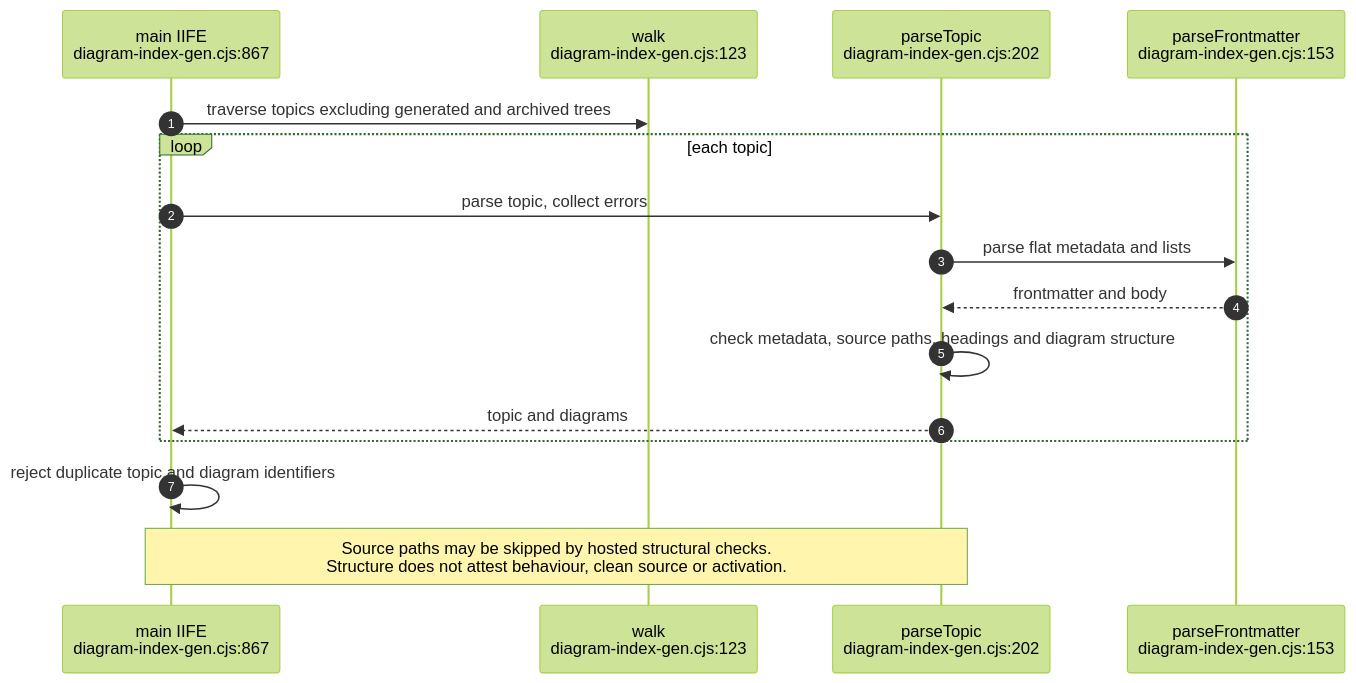
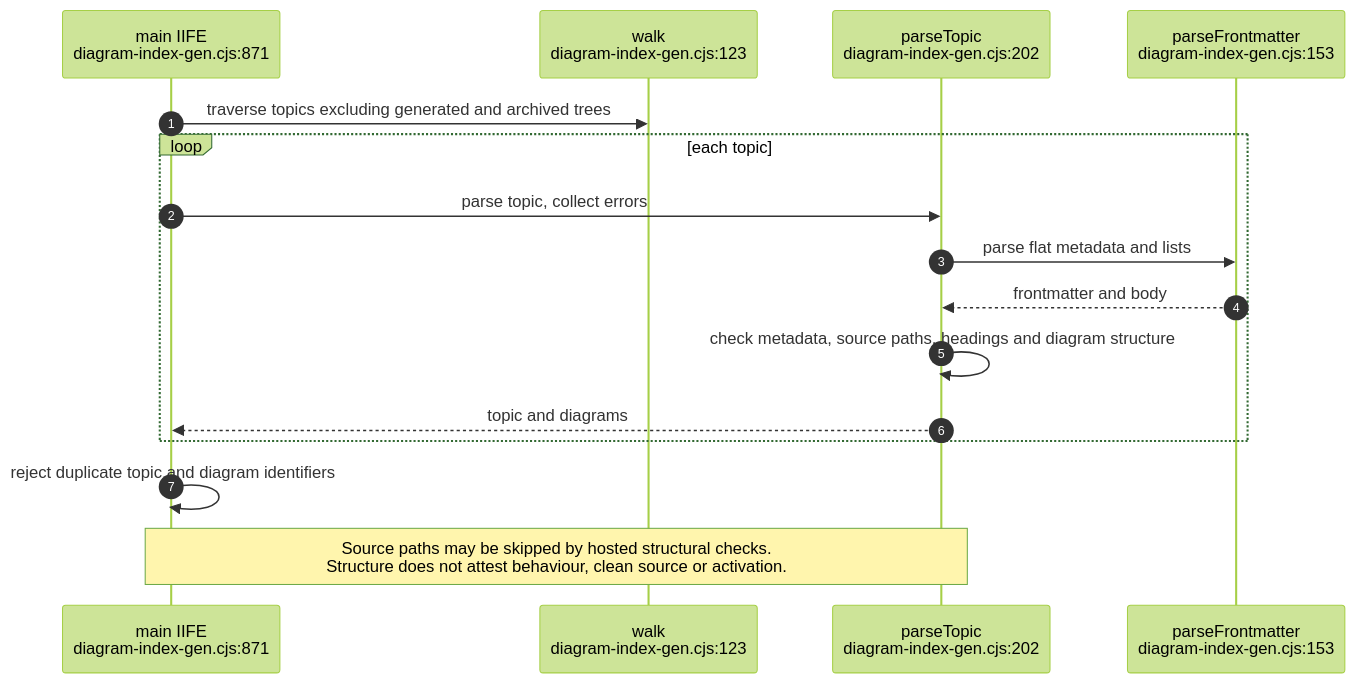
The eighth of 15 diagrams in docs/diagrams/visionflow/06-diagram-tooling.md (DreamLab-AI/VisionFlow), drawn with Mermaid (forest theme) before and after one commit. The commit also changed other lines of this file and 7 other files, not shown here.

````diff
--- a/docs/diagrams/visionflow/06-diagram-tooling.md
+++ b/docs/diagrams/visionflow/06-diagram-tooling.md
@@ -272,18 +272,18 @@
 ```mermaid
 sequenceDiagram
     autonumber
-    participant CLI as main IIFE<br/>diagram-index-gen.cjs:867
+    participant CLI as main IIFE<br/>diagram-index-gen.cjs:871
     participant W as walk<br/>diagram-index-gen.cjs:123
     participant P as parseTopic<br/>diagram-index-gen.cjs:202
     participant F as parseFrontmatter<br/>diagram-index-gen.cjs:153
     CLI->>W: traverse topics excluding generated and archived trees
     loop each topic
         CLI->>P: parse topic, collect errors
         P->>F: parse flat metadata and lists
         F-->>P: frontmatter and body
         P->>P: check metadata, source paths, headings and diagram structure
         P-->>CLI: topic and diagrams
     end
     CLI->>CLI: reject duplicate topic and diagram identifiers
     Note over CLI,P: Source paths may be skipped by hosted structural checks.<br/>Structure does not attest behaviour, clean source or activation.
 ```
````
